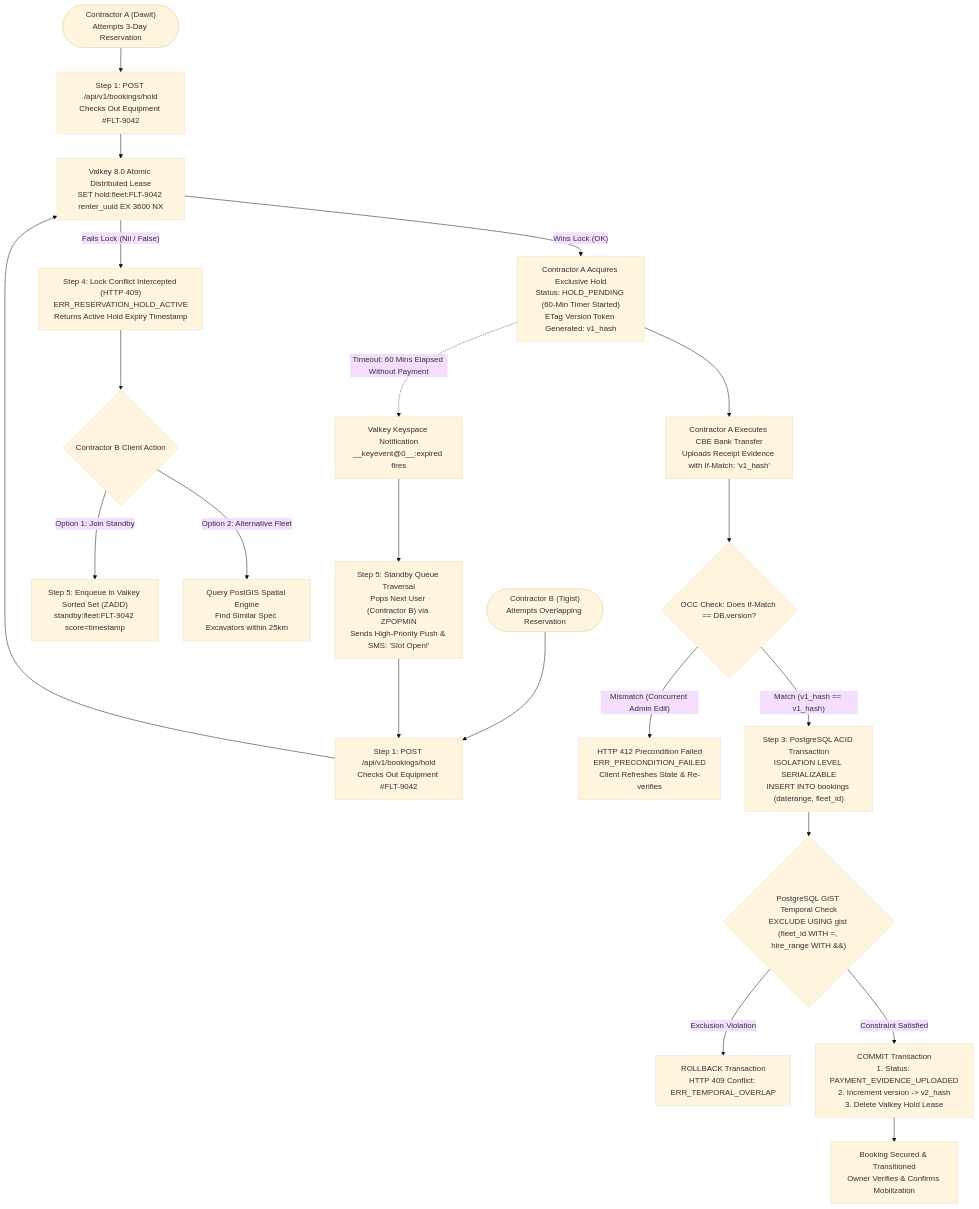
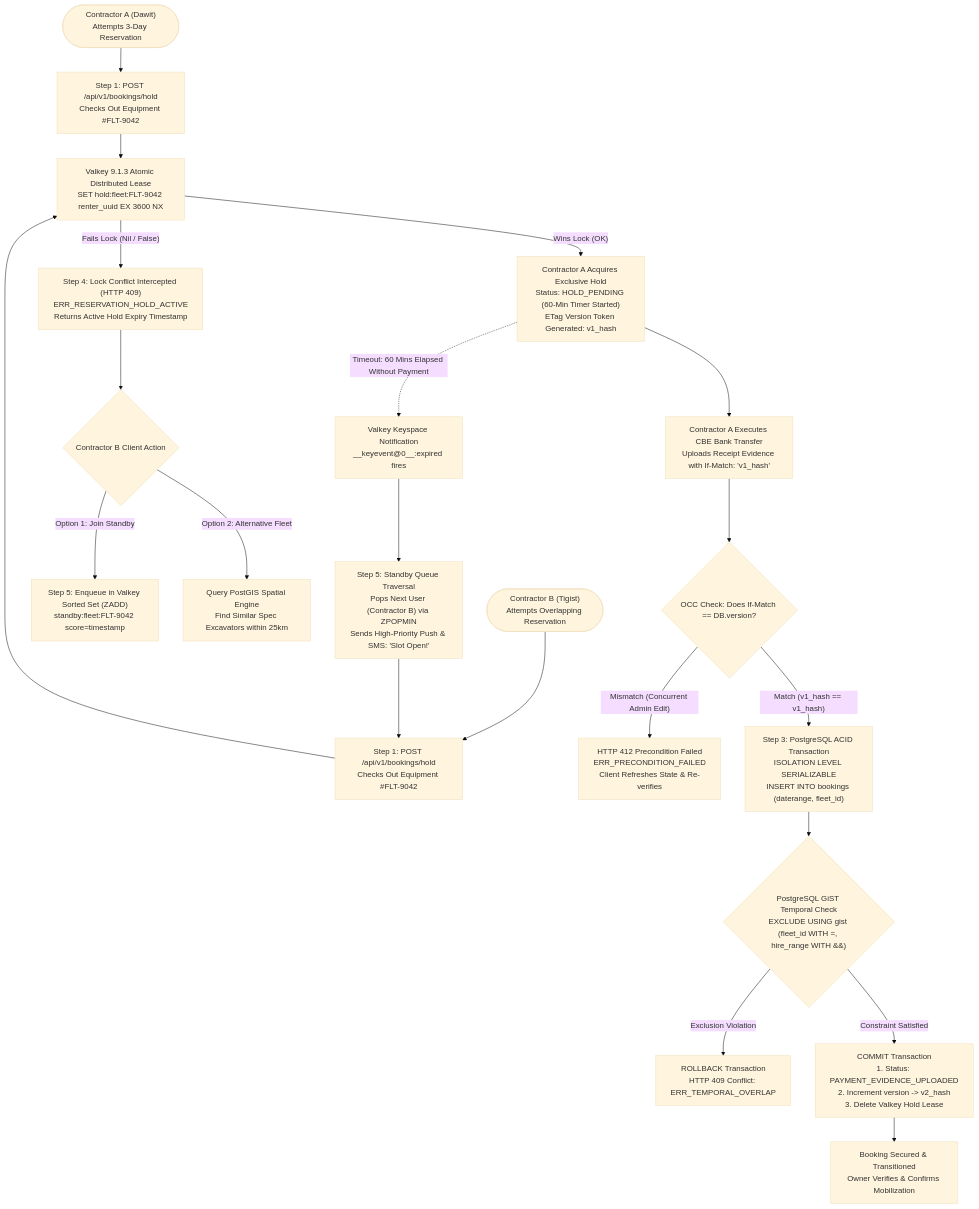
The first of 4 diagrams in docs/shared/flows/16-optimistic-locking-concurrency-resolution-flow.md (YDink/Heavy-Machinery-Logistics-Rental), drawn with Mermaid (base theme) before and after one commit. The commit also changed other lines of this file and 212 other files, not shown here.

````diff
--- a/docs/shared/flows/16-optimistic-locking-concurrency-resolution-flow.md
+++ b/docs/shared/flows/16-optimistic-locking-concurrency-resolution-flow.md
@@ -79,33 +79,33 @@
 ```mermaid
 flowchart TD
     ContractorA(["Contractor A (Dawit)<br/>Attempts 3-Day Reservation"]) --> AcquireHoldA["Step 1: POST /api/v1/bookings/hold<br/>Checks Out Equipment #FLT-9042"]
     ContractorB(["Contractor B (Tigist)<br/>Attempts Overlapping Reservation"]) --> AcquireHoldB["Step 1: POST /api/v1/bookings/hold<br/>Checks Out Equipment #FLT-9042"]
 
-    AcquireHoldA --> ValkeyLock["Valkey 8.0 Atomic Distributed Lease<br/>SET hold:fleet:FLT-9042 renter_uuid EX 3600 NX"]
+    AcquireHoldA --> ValkeyLock["Valkey 9.1.3 Atomic Distributed Lease<br/>SET hold:fleet:FLT-9042 renter_uuid EX 3600 NX"]
     AcquireHoldB --> ValkeyLock
 
     ValkeyLock -->|"Wins Lock (OK)"| HoldGrantedA["Contractor A Acquires Exclusive Hold<br/>Status: HOLD_PENDING (60-Min Timer Started)<br/>ETag Version Token Generated: v1_hash"]
     ValkeyLock -->|"Fails Lock (Nil / False)"| LockConflictB["Step 4: Lock Conflict Intercepted (HTTP 409)<br/>ERR_RESERVATION_HOLD_ACTIVE<br/>Returns Active Hold Expiry Timestamp"]
 
     LockConflictB --> StandbyPromptB{"Contractor B Client Action"}
     StandbyPromptB -->|"Option 1: Join Standby"| JoinStandbyQueue["Step 5: Enqueue in Valkey Sorted Set (ZADD)<br/>standby:fleet:FLT-9042 score=timestamp"]
     StandbyPromptB -->|"Option 2: Alternative Fleet"| QueryAlternatives["Query PostGIS Spatial Engine<br/>Find Similar Spec Excavators within 25km"]
 
     HoldGrantedA --> BankTransferA["Contractor A Executes CBE Bank Transfer<br/>Uploads Receipt Evidence with If-Match: 'v1_hash'"]
     
     BankTransferA --> OCCCheck{"OCC Check: Does If-Match == DB.version?"}
     
     OCCCheck -->|"Mismatch (Concurrent Admin Edit)"| RejectOCC["HTTP 412 Precondition Failed<br/>ERR_PRECONDITION_FAILED<br/>Client Refreshes State & Re-verifies"]
     OCCCheck -->|"Match (v1_hash == v1_hash)"| DBTransaction["Step 3: PostgreSQL ACID Transaction<br/>ISOLATION LEVEL SERIALIZABLE<br/>INSERT INTO bookings (daterange, fleet_id)"]
 
     DBTransaction --> GiSTConstraint{"PostgreSQL GiST Temporal Check<br/>EXCLUDE USING gist (fleet_id WITH =, hire_range WITH &&)"}
 
     GiSTConstraint -->|"Exclusion Violation"| RollbackDB["ROLLBACK Transaction<br/>HTTP 409 Conflict: ERR_TEMPORAL_OVERLAP"]
     GiSTConstraint -->|"Constraint Satisfied"| CommitDB["COMMIT Transaction<br/>1. Status: PAYMENT_EVIDENCE_UPLOADED<br/>2. Increment version -> v2_hash<br/>3. Delete Valkey Hold Lease"]
 
     CommitDB --> BookingConfirmed["Booking Secured & Transitioned<br/>Owner Verifies & Confirms Mobilization"]
 
     HoldGrantedA -.->|"Timeout: 60 Mins Elapsed Without Payment"| ValkeyExpiry["Valkey Keyspace Notification<br/>__keyevent@0__:expired fires"]
     ValkeyExpiry --> WakeStandby["Step 5: Standby Queue Traversal<br/>Pops Next User (Contractor B) via ZPOPMIN<br/>Sends High-Priority Push & SMS: 'Slot Open!'"]
     WakeStandby --> AcquireHoldB
 ```
````
